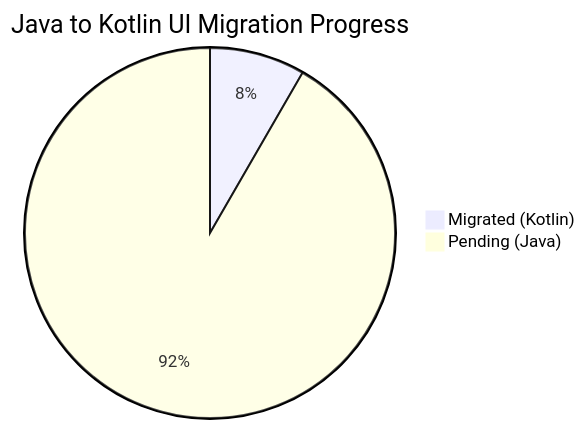
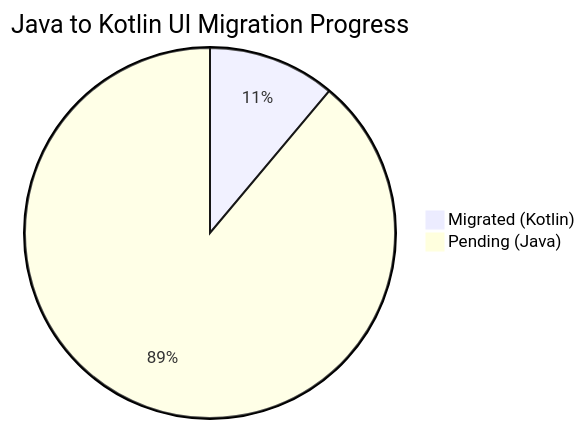
Before and after one commit to solomonrajan/cashledger: the second of 2 diagrams in README.md, drawn with Mermaid. The commit also changed other lines of this file and 2 other files, not shown here.

Commit message:
refactor: migrate CalendarActivity to Kotlin and update README progress
This commit migrates CalendarActivity.java to modern Kotlin syntax. It also sets up the proper copyright header and updates the Kotlin UI Migration Status pie chart in the README, bringing the total count to 4 migrated screens.

````diff
--- a/README.md
+++ b/README.md
@@ -158,5 +158,5 @@
 ```mermaid
 pie title Java to Kotlin UI Migration Progress
-    "Migrated (Kotlin)" : 3
-    "Pending (Java)" : 33
+    "Migrated (Kotlin)" : 4
+    "Pending (Java)" : 32
 ```
````
